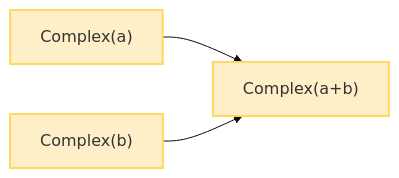
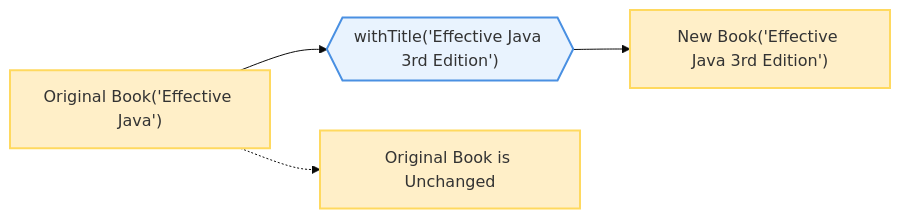
Before and after one commit to AIBE-STUDY/EFFECTIVE-JAVA: the diagram in effective-java/section4/17.Minimize_mutability.md, drawn with Mermaid (base theme).

Commit message:
[Item17] 17.Minimize_mutability.md

````diff
--- a/effective-java/section4/17.Minimize_mutability.md
+++ b/effective-java/section4/17.Minimize_mutability.md
@@ -87,9 +87,11 @@
 ```mermaid
 flowchart LR
-    A["Complex(a)"] --> B["Complex(a+b)"]
-    C["Complex(b)"] --> B
+    A["Original Book('Effective Java')"] --> B{{"withTitle('Effective Java 3rd Edition')"}}
+    B --> C["New Book('Effective Java 3rd Edition')"]
+    A -.-> D["Original Book is Unchanged"]
 
     style A fill:#FFEFC8,stroke:#FFD95F,stroke-width:2px
-    style B fill:#FFEFC8,stroke:#FFD95F,stroke-width:2px
+    style B fill:#E9F3FE,stroke:#4A90E2,stroke-width:2px
     style C fill:#FFEFC8,stroke:#FFD95F,stroke-width:2px
+    style D fill:#FFEFC8,stroke:#FFD95F,stroke-width:2px
 ```
````
